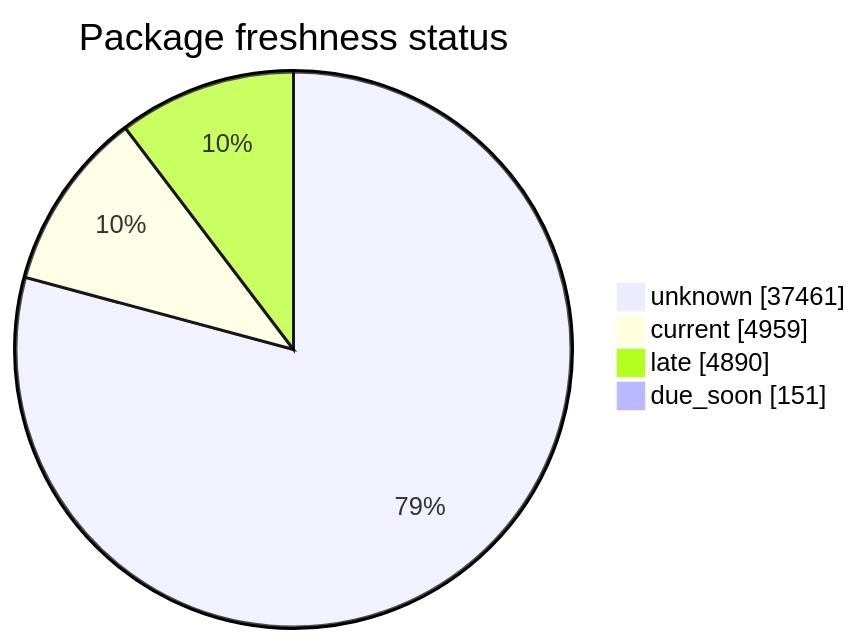
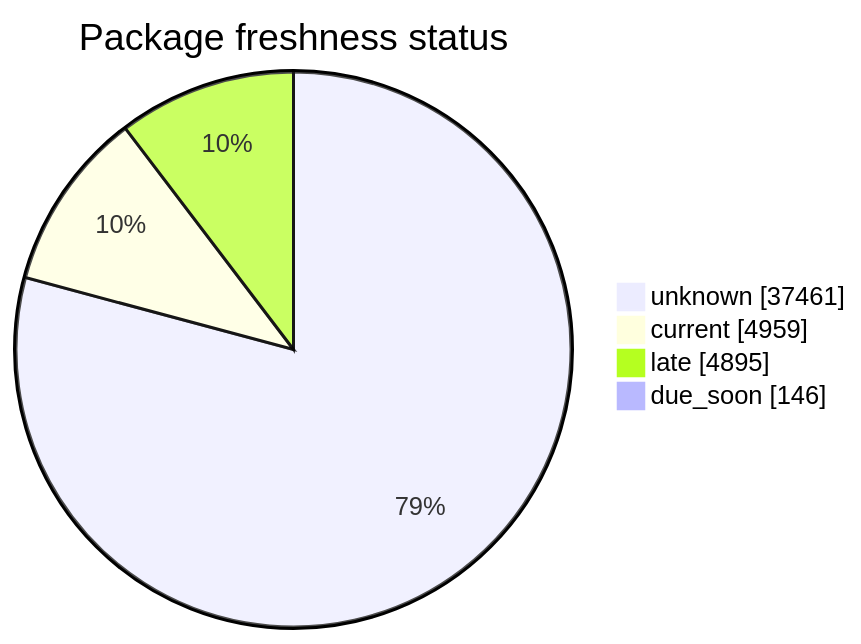
Before and after one commit to open-data/analytics-corporate-reporting: the second of 5 diagrams in FreshCheck/README.md, drawn with Mermaid. The commit also changed other lines of this file and 3 other files, not shown here.

````diff
--- a/FreshCheck/README.md
+++ b/FreshCheck/README.md
@@ -69,7 +69,7 @@
 ```mermaid
 pie showData title Package freshness status
     "unknown": 37461
     "current": 4959
-    "late": 4890
-    "due_soon": 151
+    "late": 4895
+    "due_soon": 146
 ```
````
